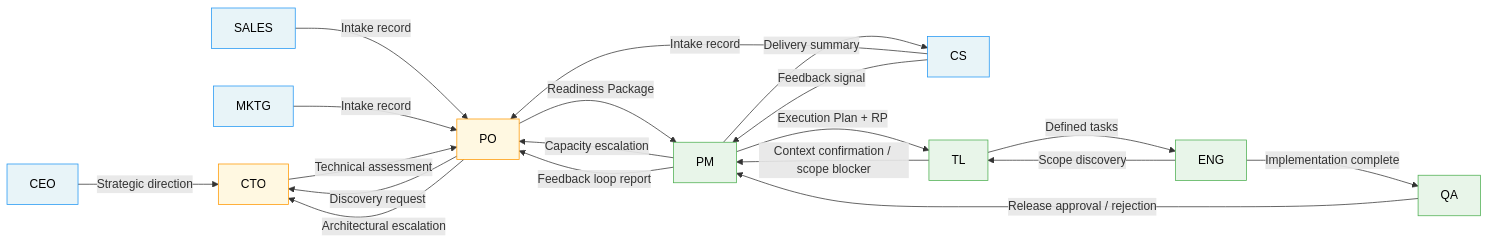
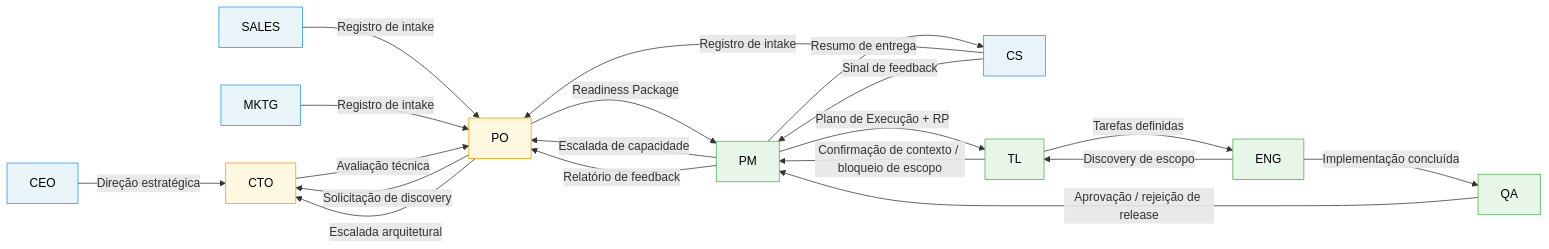
The diagram in interactions/00-index.md (hugo-hsbtech/teamwork-process), drawn with Mermaid before and after one commit. The commit also changed other lines of this file and 64 other files, not shown here.

````diff
--- a/interactions/00-index.md
+++ b/interactions/00-index.md
@@ -7,38 +7,38 @@
 ```mermaid
 flowchart LR
-    CEO -->|Strategic direction| CTO
-    SALES -->|Intake record| PO
-    MKTG -->|Intake record| PO
-    CS -->|Intake record| PO
-    CS -->|Feedback signal| PM
+    CEO -->|Direção estratégica| CTO
+    SALES -->|Registro de intake| PO
+    MKTG -->|Registro de intake| PO
+    CS -->|Registro de intake| PO
+    CS -->|Sinal de feedback| PM
 
-    PO -->|Discovery request| CTO
-    PO -->|Architectural escalation| CTO
-    CTO -->|Technical assessment| PO
+    PO -->|Solicitação de discovery| CTO
+    PO -->|Escalada arquitetural| CTO
+    CTO -->|Avaliação técnica| PO
 
     PO -->|Readiness Package| PM
-    PM -->|Capacity escalation| PO
+    PM -->|Escalada de capacidade| PO
 
-    PM -->|Execution Plan + RP| TL
-    TL -->|Context confirmation / scope blocker| PM
+    PM -->|Plano de Execução + RP| TL
+    TL -->|Confirmação de contexto / bloqueio de escopo| PM
 
-    TL -->|Defined tasks| ENG
-    ENG -->|Scope discovery| TL
+    TL -->|Tarefas definidas| ENG
+    ENG -->|Discovery de escopo| TL
 
-    ENG -->|Implementation complete| QA
-    QA -->|Release approval / rejection| PM
+    ENG -->|Implementação concluída| QA
+    QA -->|Aprovação / rejeição de release| PM
 
-    PM -->|Delivery summary| CS
-    PM -->|Feedback loop report| PO
+    PM -->|Resumo de entrega| CS
+    PM -->|Relatório de feedback| PO
 
     style CEO fill:#e8f4f8,stroke:#2196F3,color:#000
     style SALES fill:#e8f4f8,stroke:#2196F3,color:#000
     style MKTG fill:#e8f4f8,stroke:#2196F3,color:#000
     style CS fill:#e8f4f8,stroke:#2196F3,color:#000
     style PO fill:#fff8e1,stroke:#FF9800,color:#000
     style CTO fill:#fff8e1,stroke:#FF9800,color:#000
     style PM fill:#e8f5e9,stroke:#4CAF50,color:#000
     style TL fill:#e8f5e9,stroke:#4CAF50,color:#000
     style ENG fill:#e8f5e9,stroke:#4CAF50,color:#000
     style QA fill:#e8f5e9,stroke:#4CAF50,color:#000
 ```
````
